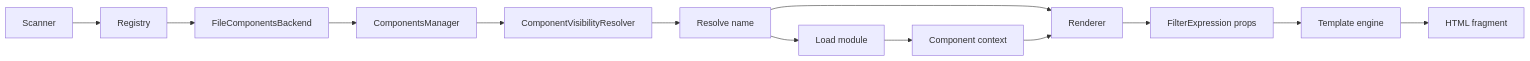
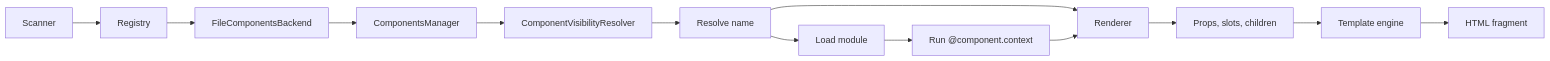
Before and after one commit to next-dj/next-dj: the diagram in docs/content/internals/component-pipeline.rst, drawn with Mermaid. The commit also changed other lines of this file and 82 other files, not shown here.

```diff
--- a/docs/content/internals/component-pipeline.rst
+++ b/docs/content/internals/component-pipeline.rst
@@ -21,15 +21,15 @@
 .. mermaid::
 
    flowchart LR
        Scanner[Scanner] --> Registry[Registry]
        Registry --> Backend[FileComponentsBackend]
        Backend --> Manager[ComponentsManager]
        Manager --> Visibility[ComponentVisibilityResolver]
        Visibility --> Resolve[Resolve name]
        Resolve --> Loading[Load module]
-       Loading --> ContextReg[Component context]
+       Loading --> ContextReg["Run @component.context"]
        Resolve --> Renderer[Renderer]
        ContextReg --> Renderer
-       Renderer --> FilterExpr[FilterExpression props]
+       Renderer --> FilterExpr["Props, slots, children"]
        FilterExpr --> Template[Template engine]
        Template --> Output[HTML fragment]
```
